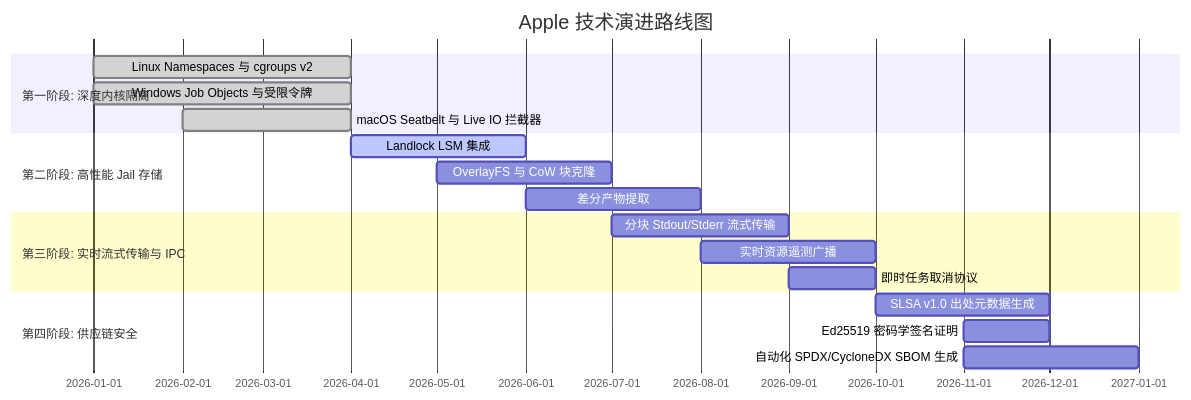
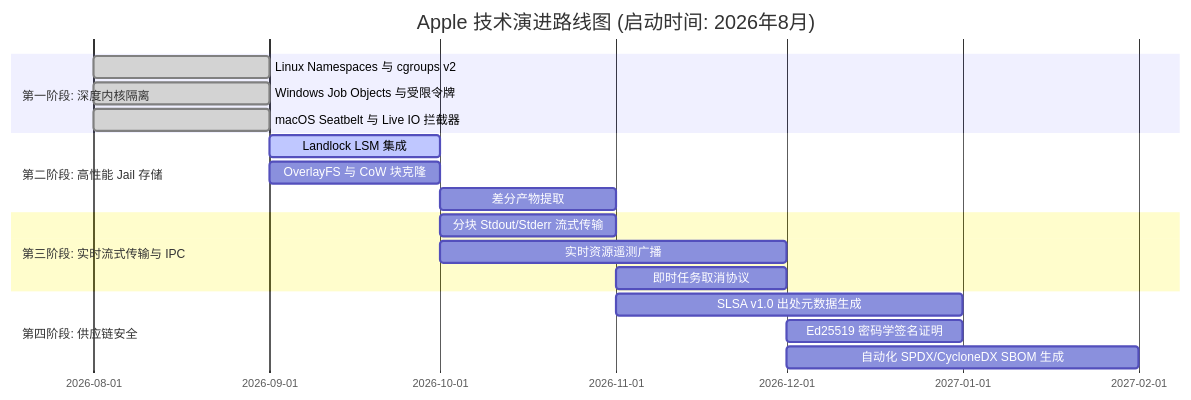
One commit to requla11/apple changed the diagram in docs/zh-hans/ROADMAP.md. Above: the diagram before and after it, drawn with Mermaid. The commit also changed other lines of this file and 4 other files, not shown here.

Commit message:
docs(roadmap): calibrate Gantt chart and phase milestones from project launch in August 2026

````diff
--- a/docs/zh-hans/ROADMAP.md
+++ b/docs/zh-hans/ROADMAP.md
@@ -18,21 +18,21 @@
 ```mermaid
 gantt
-    title Apple 技术演进路线图
+    title Apple 技术演进路线图 (启动时间: 2026年8月)
     dateFormat  YYYY-MM
     section 第一阶段: 深度内核隔离
-    Linux Namespaces 与 cgroups v2           :done,    des1, 2026-01, 2026-04
-    Windows Job Objects 与受限令牌           :done,    des2, 2026-01, 2026-04
-    macOS Seatbelt 与 Live IO 拦截器         :done,    des3, 2026-02, 2026-04
+    Linux Namespaces 与 cgroups v2           :done,    des1, 2026-08, 2026-09
+    Windows Job Objects 与受限令牌           :done,    des2, 2026-08, 2026-09
+    macOS Seatbelt 与 Live IO 拦截器         :done,    des3, 2026-08, 2026-09
     section 第二阶段: 高性能 Jail 存储
-    Landlock LSM 集成                        :active,  des4, 2026-04, 2026-06
-    OverlayFS 与 CoW 块克隆                  :         des5, 2026-05, 2026-07
-    差分产物提取                             :         des6, 2026-06, 2026-08
+    Landlock LSM 集成                        :active,  des4, 2026-09, 2026-10
+    OverlayFS 与 CoW 块克隆                  :         des5, 2026-09, 2026-10
+    差分产物提取                             :         des6, 2026-10, 2026-11
     section 第三阶段: 实时流式传输与 IPC
-    分块 Stdout/Stderr 流式传输              :         des7, 2026-07, 2026-09
-    实时资源遥测广播                         :         des8, 2026-08, 2026-10
-    即时任务取消协议                         :         des9, 2026-09, 2026-10
+    分块 Stdout/Stderr 流式传输              :         des7, 2026-10, 2026-11
+    实时资源遥测广播                         :         des8, 2026-10, 2026-12
+    即时任务取消协议                         :         des9, 2026-11, 2026-12
     section 第四阶段: 供应链安全
-    SLSA v1.0 出处元数据生成                 :         des10, 2026-10, 2026-12
-    Ed25519 密码学签名证明                   :         des11, 2026-11, 2026-12
-    自动化 SPDX/CycloneDX SBOM 生成          :         des12, 2026-11, 2027-01
+    SLSA v1.0 出处元数据生成                 :         des10, 2026-11, 2027-01
+    Ed25519 密码学签名证明                   :         des11, 2026-12, 2027-01
+    自动化 SPDX/CycloneDX SBOM 生成          :         des12, 2026-12, 2027-02
 ```
````
